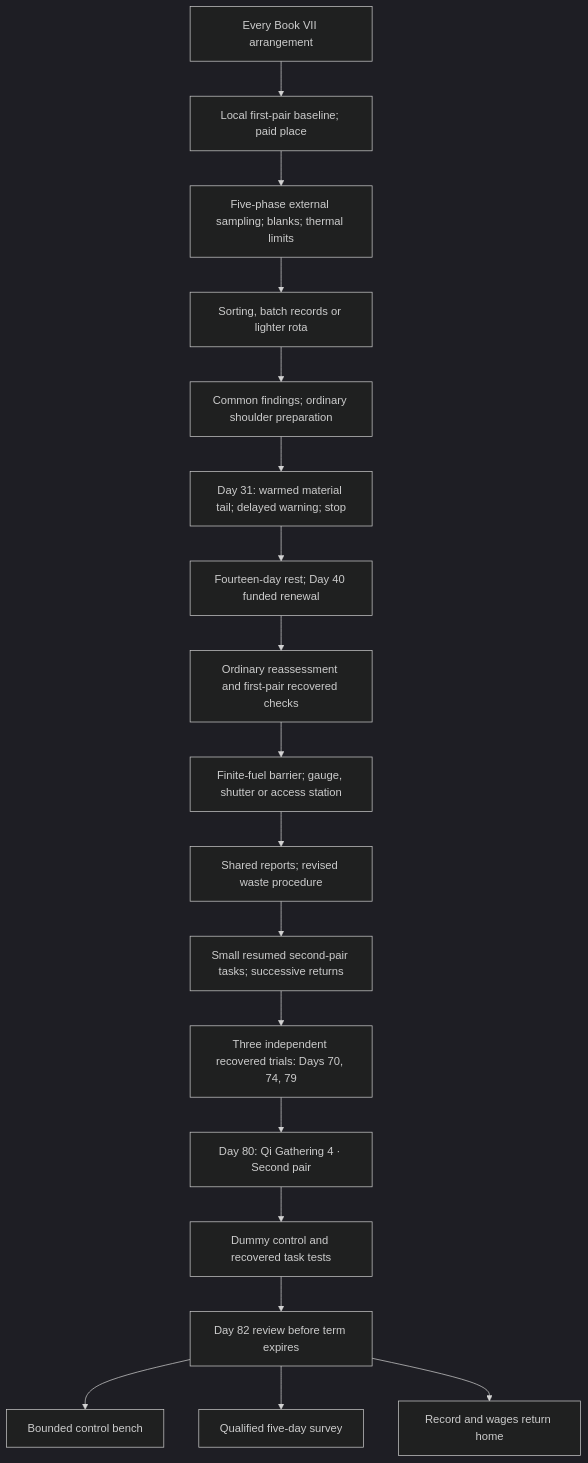
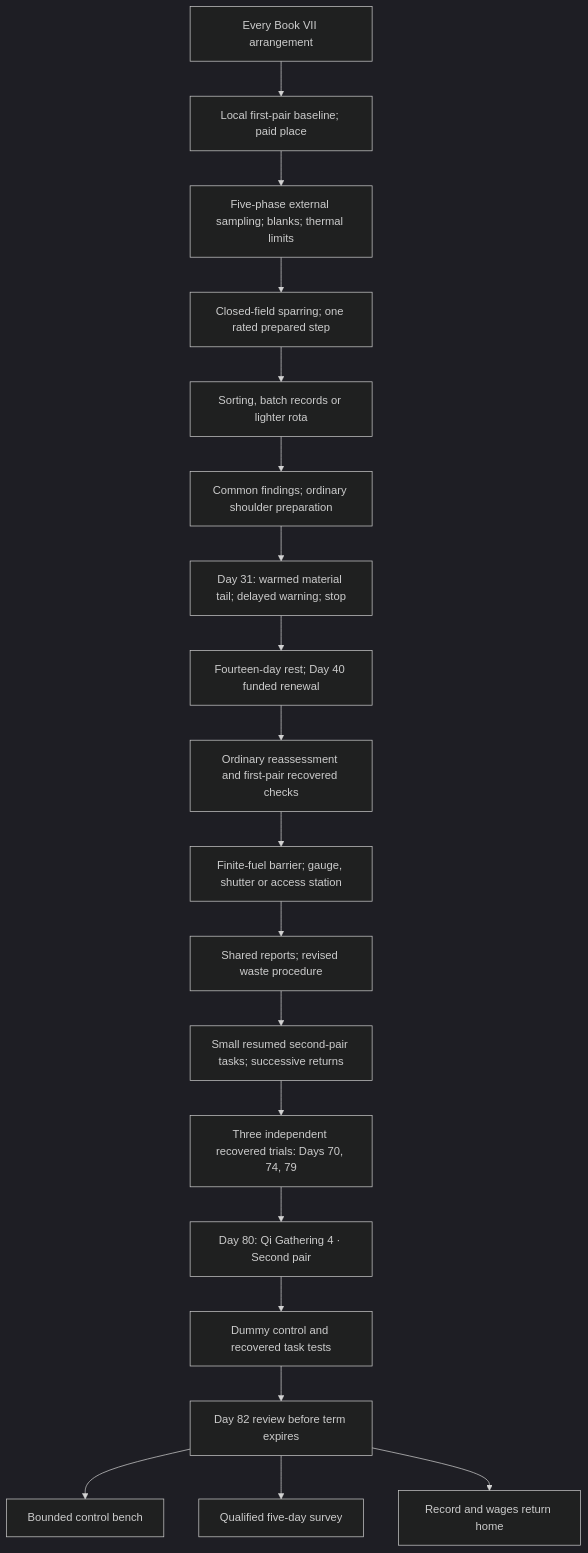
One commit to jgyy/octxian changed the diagram in docs/FOUNDRY_EXPANSION.md. Above: the diagram before and after it, drawn with Mermaid (dark theme). The commit also changed other lines of this file and 5 other files, not shown here.

````diff
--- a/docs/FOUNDRY_EXPANSION.md
+++ b/docs/FOUNDRY_EXPANSION.md
@@ -17,20 +19,21 @@
 ```mermaid
 flowchart TD
     River["Every Book VII arrangement"] --> Baseline["Local first-pair baseline; paid place"]
     Baseline --> Material["Five-phase external sampling; blanks; thermal limits"]
-    Material --> Work["Sorting, batch records or lighter rota"]
+    Material --> Martial["Closed-field sparring; one rated prepared step"]
+    Martial --> Work["Sorting, batch records or lighter rota"]
     Work --> Shared["Common findings; ordinary shoulder preparation"]
     Shared --> Failure["Day 31: warmed material tail; delayed warning; stop"]
     Failure --> Rest["Fourteen-day rest; Day 40 funded renewal"]
     Rest --> Requalify["Ordinary reassessment and first-pair recovered checks"]
     Requalify --> Beast["Finite-fuel barrier; gauge, shutter or access station"]
     Beast --> Reports["Shared reports; revised waste procedure"]
     Reports --> Practice["Small resumed second-pair tasks; successive returns"]
     Practice --> Trials["Three independent recovered trials: Days 70, 74, 79"]
     Trials --> Four["Day 80: Qi Gathering 4 · Second pair"]
     Four --> Dummy["Dummy control and recovered task tests"]
     Dummy --> Review["Day 82 review before term expires"]
     Review --> Bench["Bounded control bench"]
     Review --> Survey["Qualified five-day survey"]
     Review --> Home["Record and wages return home"]
 ```
````
